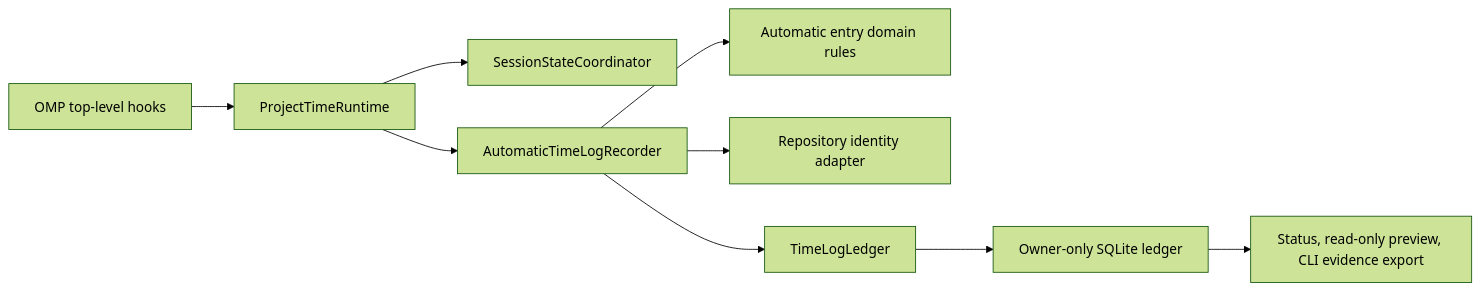
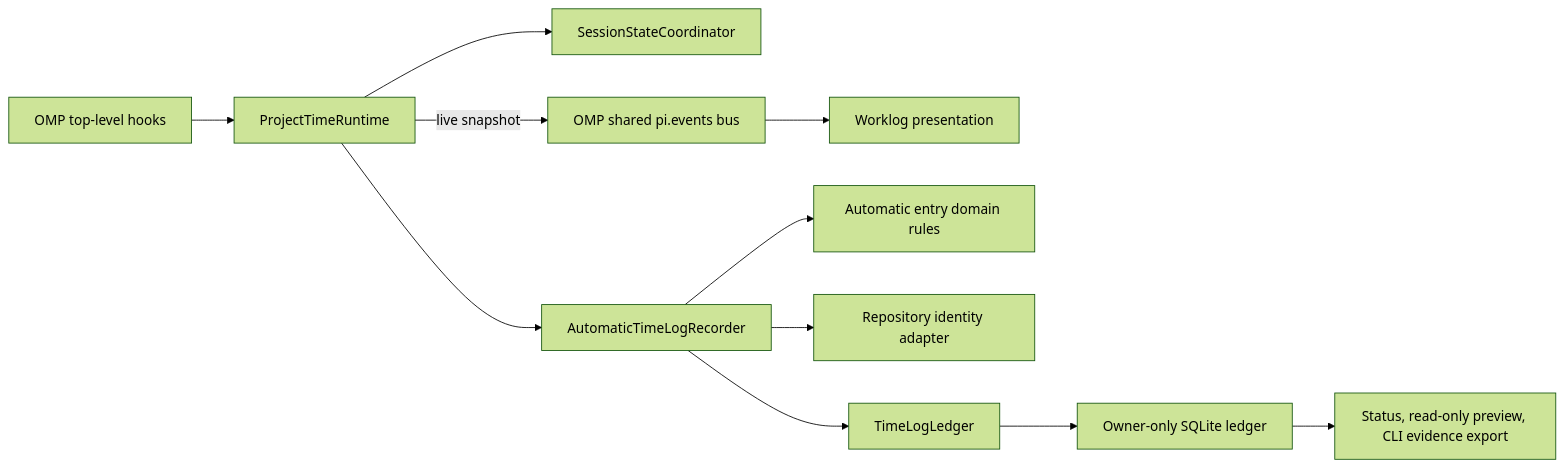
Before and after one commit to klondikemarlen/omp-project-time: the diagram in docs/architecture/evidence-pipeline.md, drawn with Mermaid (forest theme). The commit also changed other lines of this file and 5 other files, not shown here.

Commit message:
:books: Document live snapshots and the Worklog handoff.

````diff
--- a/docs/architecture/evidence-pipeline.md
+++ b/docs/architecture/evidence-pipeline.md
@@ -7,11 +7,13 @@
 ```mermaid
 flowchart LR
   OMP[OMP top-level hooks] --> Runtime[ProjectTimeRuntime]
   Runtime --> Coordinator[SessionStateCoordinator]
+  Runtime -->|live snapshot| EventBus[OMP shared pi.events bus]
+  EventBus --> Worklog[Worklog presentation]
   Runtime --> Recorder[AutomaticTimeLogRecorder]
   Recorder --> Domain[Automatic entry domain rules]
   Recorder --> Git[Repository identity adapter]
   Recorder --> Ledger[TimeLogLedger]
   Ledger --> SQLite[Owner-only SQLite ledger]
   SQLite --> Views[Status, read-only preview, CLI evidence export]
 ```
````
